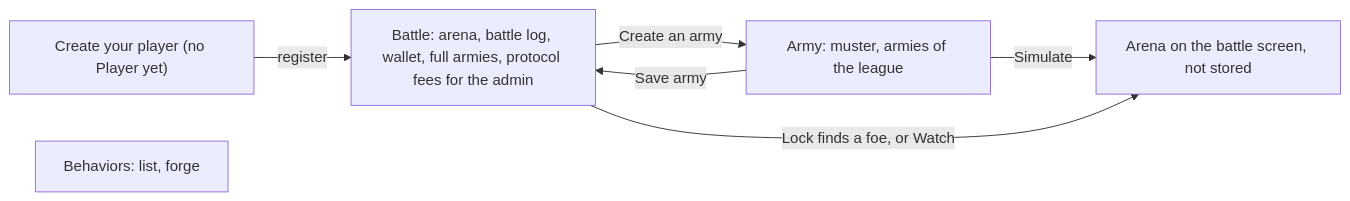
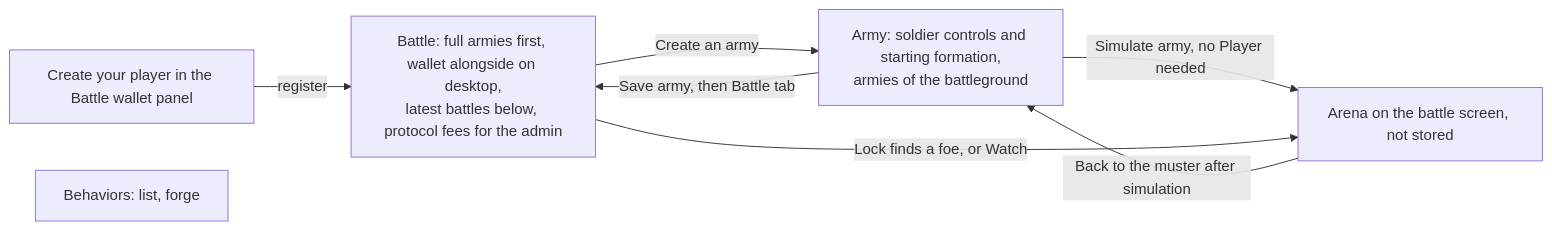
The first of 3 diagrams in docs/src/client.md (Dodecahedr0x/horizon-zero), drawn with Mermaid before and after one commit. The commit also changed other lines of this file and 11 other files, not shown here.

````diff
--- a/docs/src/client.md
+++ b/docs/src/client.md
@@ -62,9 +68,10 @@
 ```mermaid
 flowchart LR
-  First["Create your player (no Player yet)"] -->|register| Battle
-  Battle["Battle: arena, battle log, wallet, full armies, protocol fees for the admin"] -->|Create an army| Army["Army: muster, armies of the league"]
-  Army -->|Simulate| Arena["Arena on the battle screen, not stored"]
-  Army -->|Save army| Battle
+  First["Create your player in the Battle wallet panel"] -->|register| Battle
+  Battle["Battle: full armies first, wallet alongside on desktop,<br/>latest battles below, protocol fees for the admin"] -->|Create an army| Army["Army: soldier controls and starting formation,<br/>armies of the battleground"]
+  Army -->|Simulate army, no Player needed| Arena["Arena on the battle screen, not stored"]
+  Army -->|Save army, then Battle tab| Battle
   Battle -->|Lock finds a foe, or Watch| Arena
+  Arena -->|Back to the muster after simulation| Army
   Behaviors["Behaviors: list, forge"]
 ```
````
